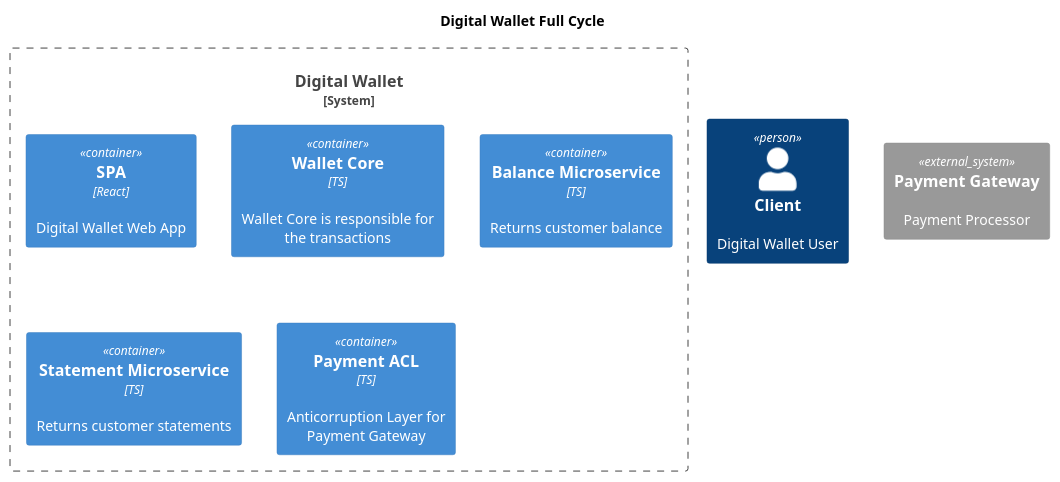
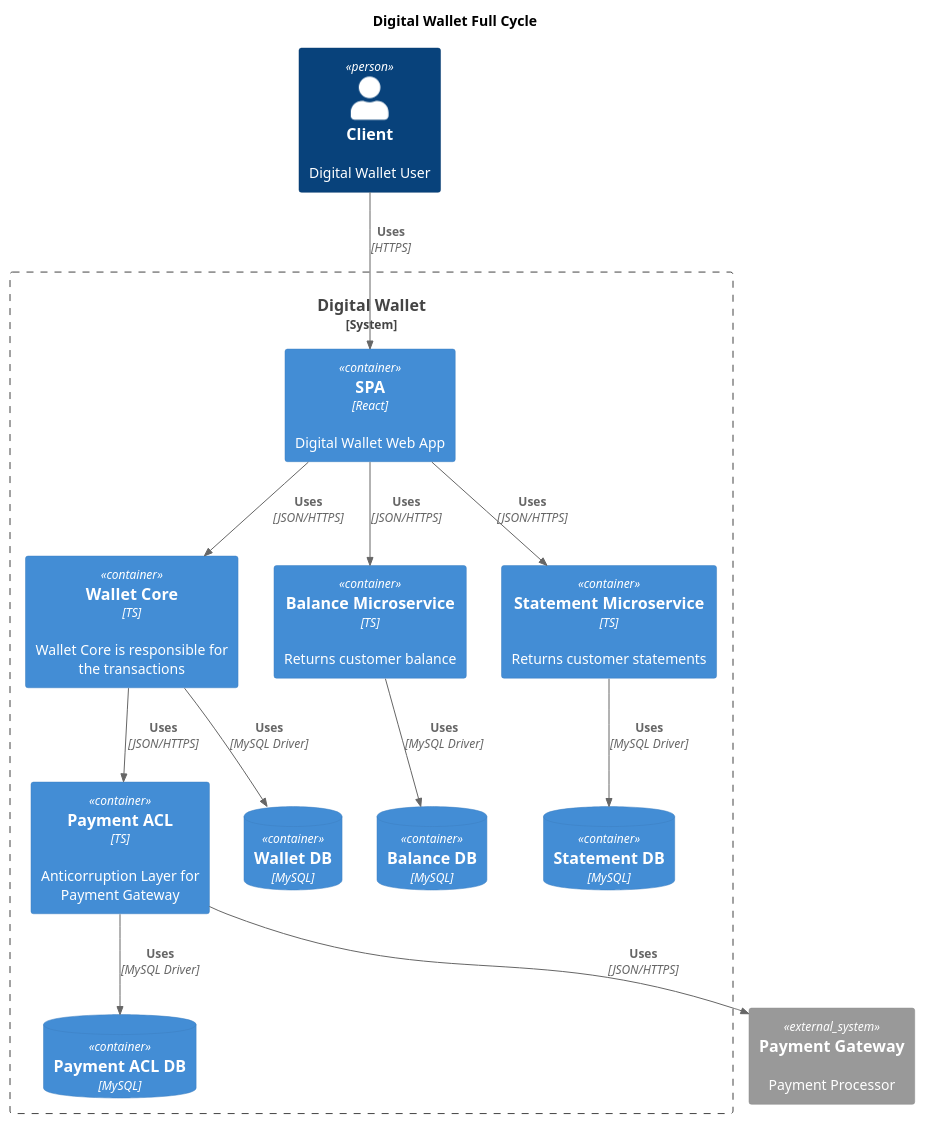
One commit to flvSantos15/fc-c4-model changed the diagram in containers.puml. Above: the diagram before and after it, drawn with PlantUML.

Commit message:
chore: add container relations

```diff
--- a/containers.puml
+++ b/containers.puml
@@ -1,19 +1,39 @@
 @startuml
 !include https://raw.githubusercontent.com/plantuml-stdlib/C4-PlantUML/master/C4_Container.puml
 
 title "Digital Wallet Full Cycle"
 
 Person(client, "Client", "Digital Wallet User")
 
 System_Ext(payment_gateway, "Payment Gateway", "Payment Processor")
 
 ' responsabilidades do nosso sistema
 System_Boundary(digital_wallet, "Digital Wallet") {
   Container(spa, "SPA", "React", "Digital Wallet Web App")
   Container(wallet_core, "Wallet Core", "TS", "Wallet Core is responsible for the transactions")
   Container(balance_service, "Balance Microservice", "TS", "Returns customer balance")
   Container(statement_service, "Statement Microservice", "TS", "Returns customer statements")
   Container(payment_acl, "Payment ACL", "TS", "Anticorruption Layer for Payment Gateway")
+
+  ContainerDb(wallet_core_db, "Wallet DB", "MySQL")
+  Rel(wallet_core, wallet_core_db, "Uses", "MySQL Driver")
+
+  ContainerDb(balance_db, "Balance DB", "MySQL")
+  Rel(balance_service, balance_db, "Uses", "MySQL Driver")
+
+  ContainerDb(statement_db, "Statement DB", "MySQL")
+  Rel(statement_service, statement_db, "Uses", "MySQL Driver")
+
+  ContainerDb(payment_acl_db, "Payment ACL DB", "MySQL")
+  Rel(payment_acl, payment_acl_db, "Uses", "MySQL Driver")
+
+  Rel(client, spa, "Uses", "HTTPS")
+  Rel(spa, wallet_core, "Uses", "JSON/HTTPS")
+  Rel(spa, balance_service, "Uses", "JSON/HTTPS")
+  Rel(spa, statement_service, "Uses", "JSON/HTTPS")
+
+  Rel(wallet_core, payment_acl, "Uses", "JSON/HTTPS")
+  Rel(payment_acl, payment_gateway, "Uses", "JSON/HTTPS")
 }
 
 @enduml
```
